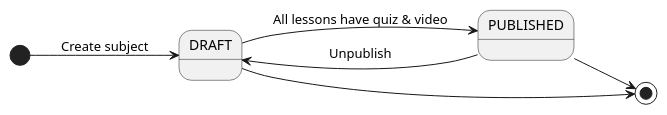
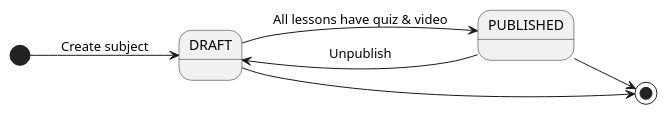
The diagram in diagrams/state-machine/subject.state.puml (gs4lthung/capstone-project-be), drawn with PlantUML before and after one commit. The commit also changed 46 other files, not shown here.

```diff
--- a/diagrams/state-machine/subject.state.puml
+++ b/diagrams/state-machine/subject.state.puml
@@ -1,13 +1,13 @@
-@startuml Subject State Machine
+@startuml SubjectStateMachine
 left to right direction
 
-[*] --> DRAFT : Create subject
+state DRAFT
+state PUBLISHED
 
-DRAFT --> PUBLISHED : All lessons have quiz & video
-
-PUBLISHED --> DRAFT : Unpublish
-
+[*] --> DRAFT: Create subject
+DRAFT --> PUBLISHED: All lessons have quiz & video
+PUBLISHED --> DRAFT: Unpublish
 DRAFT --> [*]
 PUBLISHED --> [*]
 
 @enduml
```
